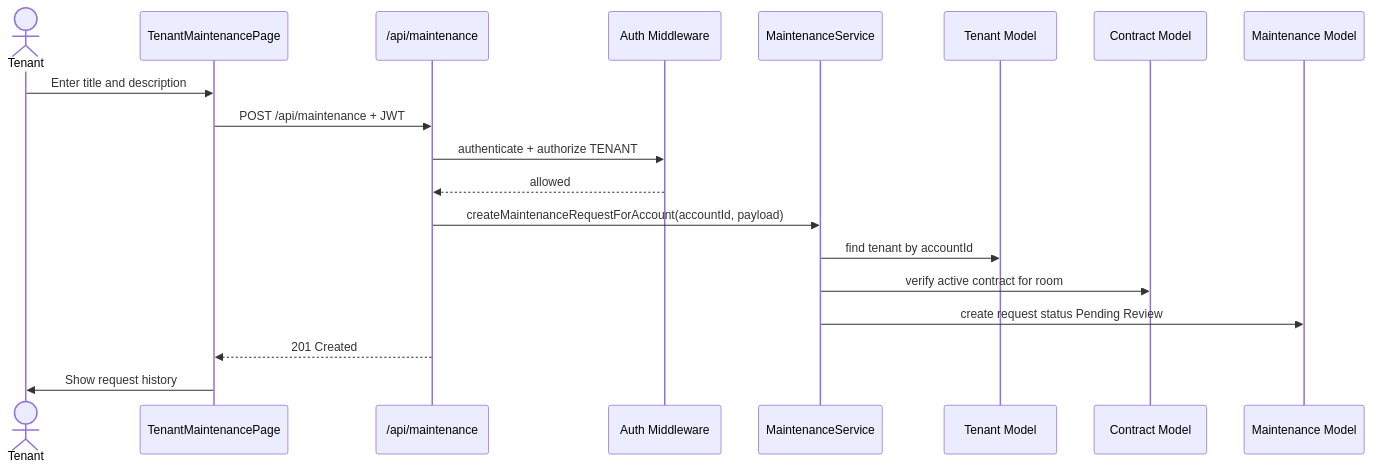
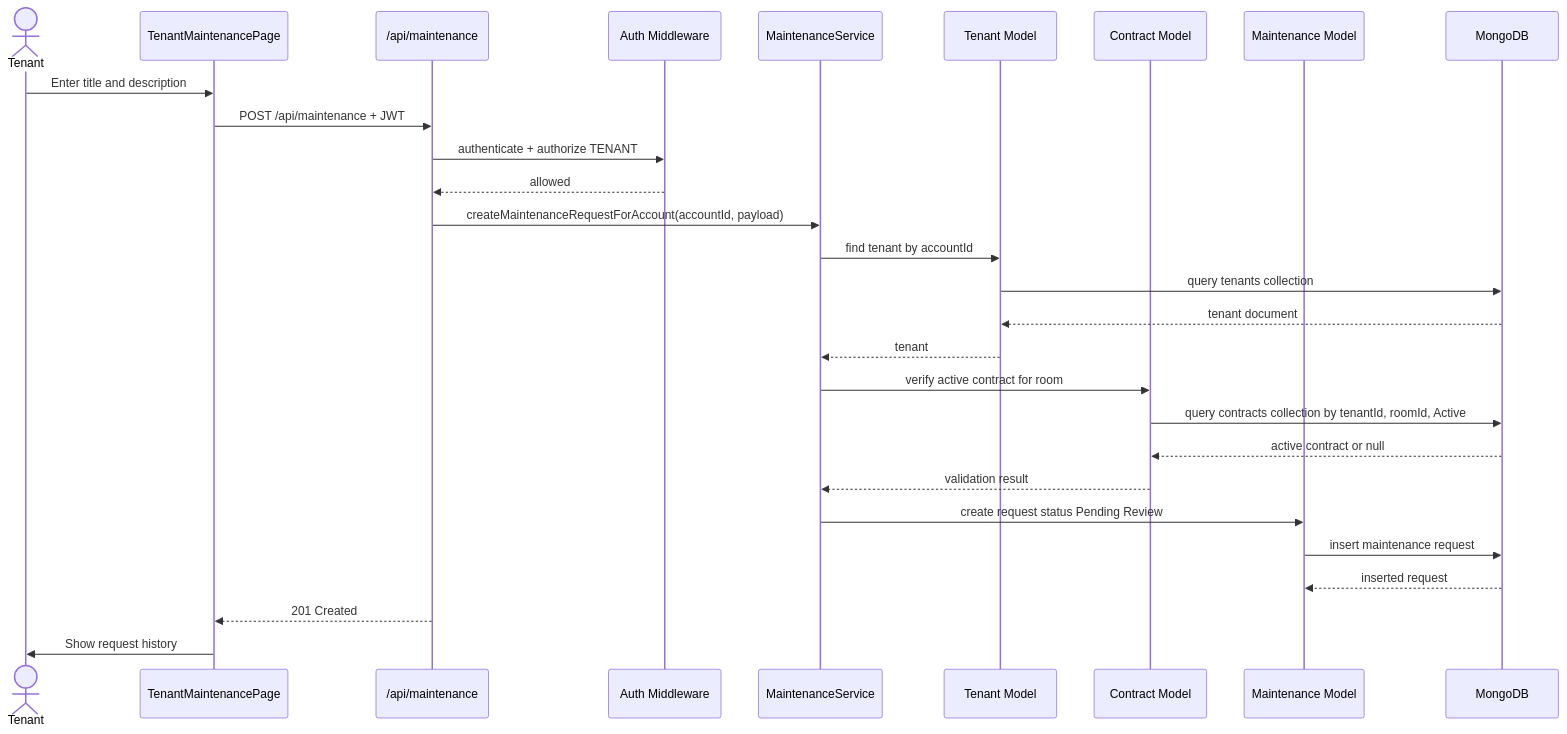
One commit to datphan3201/room-rental-management-software changed diagram 18 of 23 in docs/SYSTEM_REPORT.md. Above: the diagram before and after it, drawn with Mermaid. The commit also changed other lines of this file and 41 other files, not shown here.

````diff
--- a/docs/SYSTEM_REPORT.md
+++ b/docs/SYSTEM_REPORT.md
@@ -1233,22 +1303,31 @@
 ```mermaid
 sequenceDiagram
   actor Tenant
   participant UI as TenantMaintenancePage
   participant API as /api/maintenance
   participant Middleware as Auth Middleware
   participant Service as MaintenanceService
   participant TenantModel as Tenant Model
   participant ContractModel as Contract Model
   participant RequestModel as Maintenance Model
+  participant DB as MongoDB
 
   Tenant->>UI: Enter title and description
   UI->>API: POST /api/maintenance + JWT
   API->>Middleware: authenticate + authorize TENANT
   Middleware-->>API: allowed
   API->>Service: createMaintenanceRequestForAccount(accountId, payload)
   Service->>TenantModel: find tenant by accountId
+  TenantModel->>DB: query tenants collection
+  DB-->>TenantModel: tenant document
+  TenantModel-->>Service: tenant
   Service->>ContractModel: verify active contract for room
+  ContractModel->>DB: query contracts collection by tenantId, roomId, Active
+  DB-->>ContractModel: active contract or null
+  ContractModel-->>Service: validation result
   Service->>RequestModel: create request status Pending Review
+  RequestModel->>DB: insert maintenance request
+  DB-->>RequestModel: inserted request
   API-->>UI: 201 Created
   UI->>Tenant: Show request history
 ```
````
